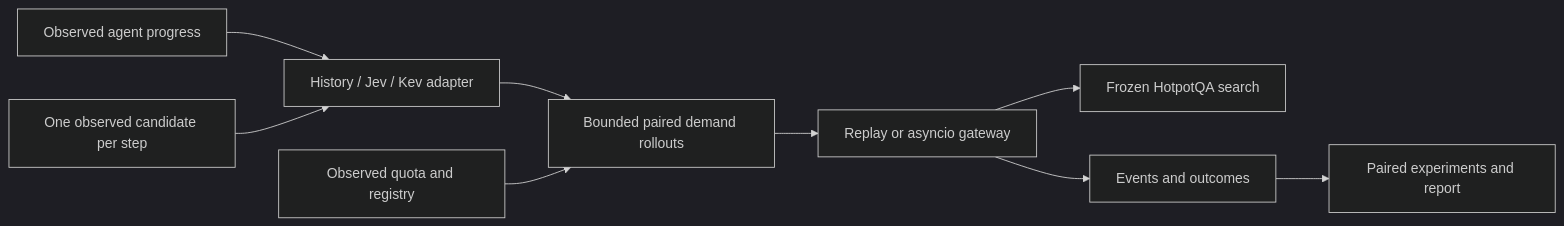
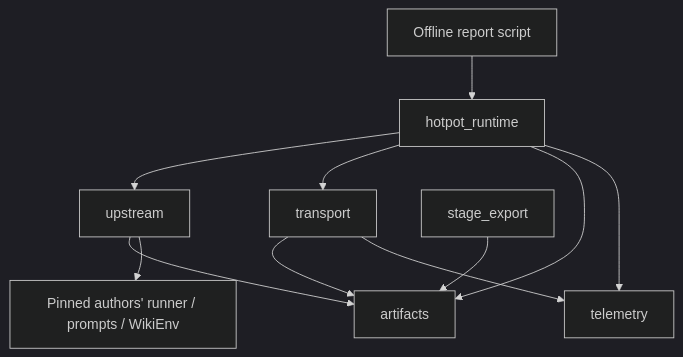
The diagram in docs/ARCHITECTURE.md (Saitejv/Predictive-Scheduling-of-Speculative-Tool-Calls-Under-Shared-API-Quotas), drawn with Mermaid (dark theme) before and after one commit. The commit also changed other lines of this file and 145 other files, not shown here.

````diff
--- a/docs/ARCHITECTURE.md
+++ b/docs/ARCHITECTURE.md
@@ -9,11 +23,13 @@
 ```mermaid
-flowchart LR
-    A[Observed agent progress] --> P[History / Jev / Kev adapter]
-    C[One observed candidate per step] --> P
-    P --> S[Bounded paired demand rollouts]
-    Q[Observed quota and registry] --> S
-    S --> G[Replay or asyncio gateway]
-    G --> T[Frozen HotpotQA search]
-    G --> L[Events and outcomes]
-    L --> E[Paired experiments and report]
+flowchart TD
+    R[hotpot_runtime] --> U[upstream]
+    R --> T[transport]
+    R --> A[artifacts]
+    R --> M[telemetry]
+    U --> A
+    U --> P[Pinned authors' runner / prompts / WikiEnv]
+    T --> A
+    T --> M
+    S[Offline report script] --> R
+    E[stage_export] --> A
 ```
````
